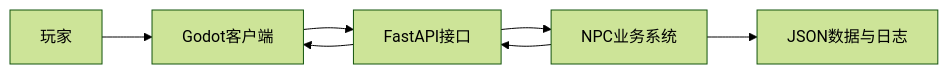
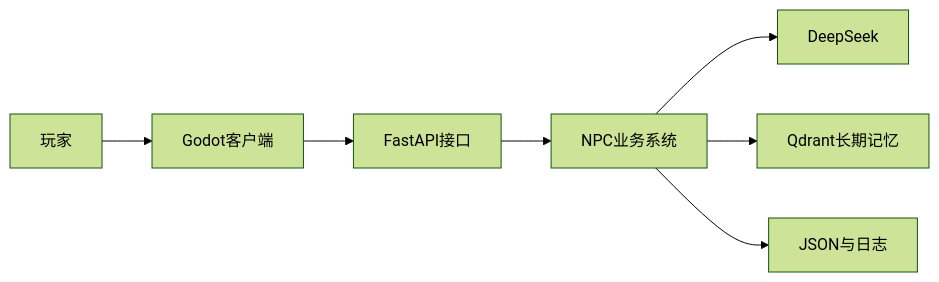
The first of 5 diagrams in md/项目架构说明.md (shark-max-ops/15_cyber-town-from-scratch), drawn with Mermaid (forest theme) before and after one commit. The commit also changed other lines of this file and 14 other files, not shown here.

````diff
--- a/md/项目架构说明.md
+++ b/md/项目架构说明.md
@@ -7,15 +7,9 @@
 ```mermaid
 flowchart LR
-    Player["玩家"]
-    Godot["Godot客户端"]
-    API["FastAPI接口"]
-    Core["NPC业务系统"]
-    Storage["JSON数据与日志"]
-
-    Player --> Godot
-    Godot --> API
-    API --> Core
-    Core --> Storage
-    Core --> API
-    API --> Godot
+    P["玩家"] --> G["Godot客户端"]
+    G --> A["FastAPI接口"]
+    A --> S["NPC业务系统"]
+    S --> L["DeepSeek"]
+    S --> Q["Qdrant长期记忆"]
+    S --> J["JSON与日志"]
 ```
````
